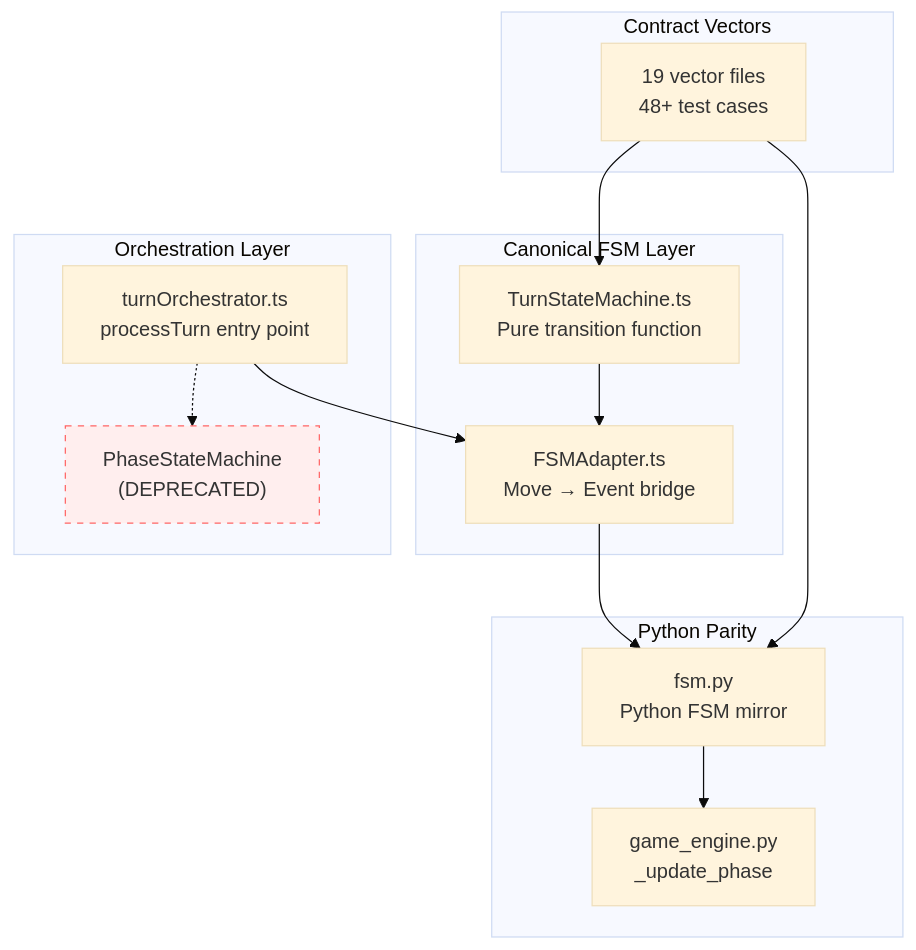
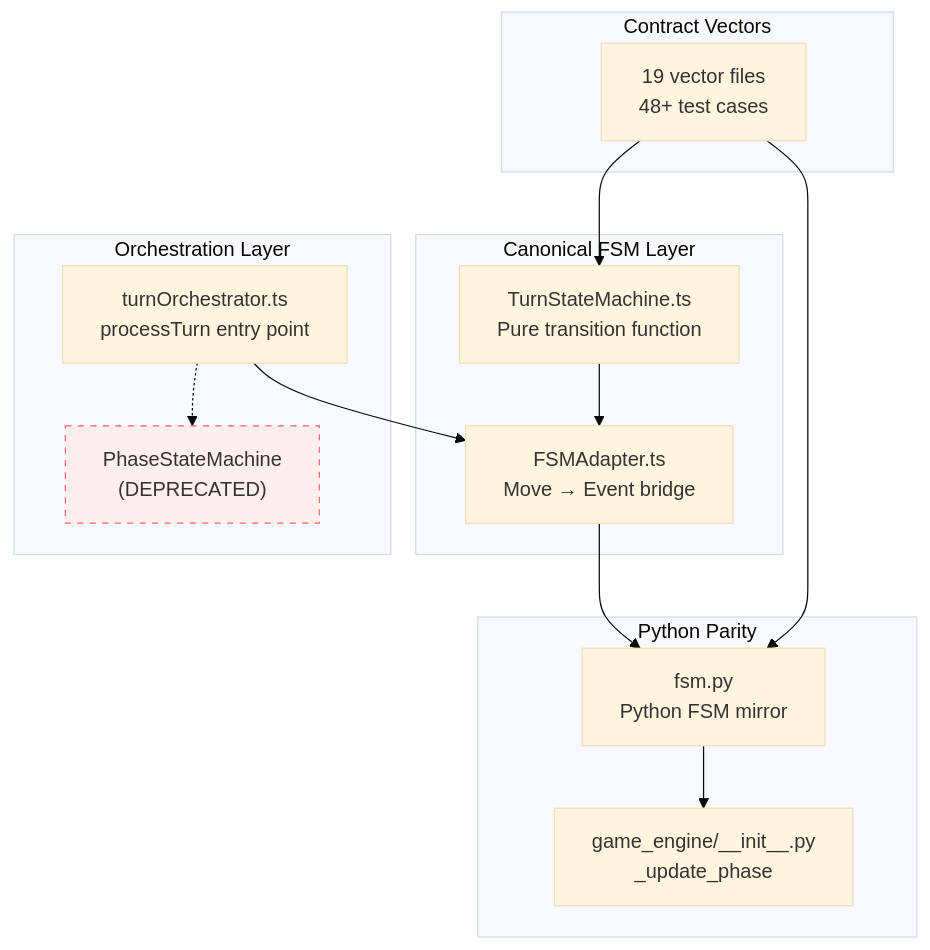
The diagram in docs/architecture/FSM_MIGRATION_STATUS_2025_12.md (synaptent/RingRift), drawn with Mermaid (base theme) before and after one commit. The commit also changed other lines of this file and 55 other files, not shown here.

````diff
--- a/docs/architecture/FSM_MIGRATION_STATUS_2025_12.md
+++ b/docs/architecture/FSM_MIGRATION_STATUS_2025_12.md
@@ -186,32 +186,32 @@
 ```mermaid
 graph TB
     subgraph "Canonical FSM Layer"
         TSM[TurnStateMachine.ts<br/>Pure transition function]
         FSA[FSMAdapter.ts<br/>Move → Event bridge]
         TSM --> FSA
     end
 
     subgraph "Orchestration Layer"
         TO[turnOrchestrator.ts<br/>processTurn entry point]
         PSM["PhaseStateMachine<br/>(DEPRECATED)"]
         TO --> FSA
         TO -.-> PSM
     end
 
     subgraph "Python Parity"
         PFSM[fsm.py<br/>Python FSM mirror]
-        PGE[game_engine.py<br/>_update_phase]
+        PGE[game_engine/__init__.py<br/>_update_phase]
         PFSM --> PGE
     end
 
     subgraph "Contract Vectors"
         CV[19 vector files<br/>48+ test cases]
     end
 
     FSA --> PFSM
     CV --> TSM
     CV --> PFSM
 
     style PSM stroke-dasharray: 5 5,stroke:#f66
     style PSM fill:#fee
 ```
````
